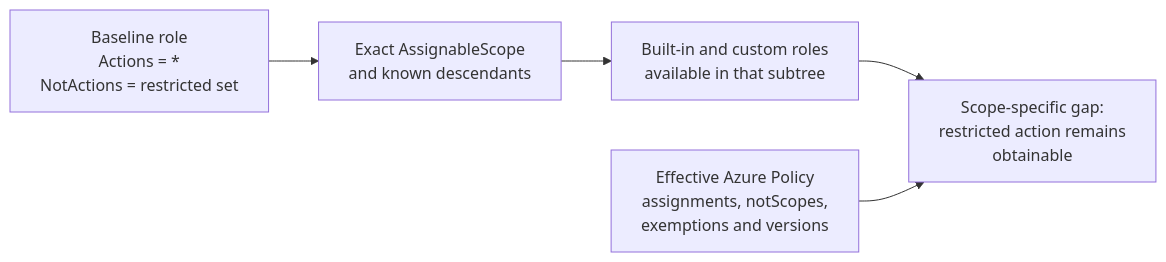
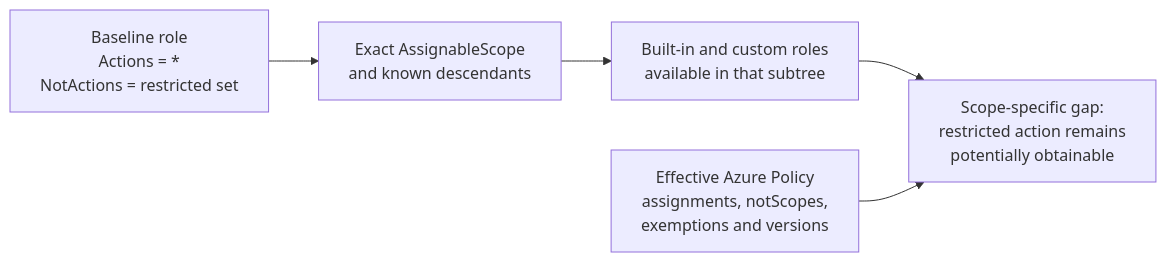
The diagram in README.md (danielfears/azure-radar), drawn with Mermaid before and after one commit. The commit also changed other lines of this file and 2 other files, not shown here.

````diff
--- a/README.md
+++ b/README.md
@@ -27,13 +27,13 @@
 ```mermaid
 flowchart LR
     B["Baseline role<br/>Actions = *<br/>NotActions = restricted set"]
     S["Exact AssignableScope<br/>and known descendants"]
     R["Built-in and custom roles<br/>available in that subtree"]
     P["Effective Azure Policy<br/>assignments, notScopes,<br/>exemptions and versions"]
-    G["Scope-specific gap:<br/>restricted action remains<br/>obtainable"]
+    G["Scope-specific gap:<br/>restricted action remains<br/>potentially obtainable"]
 
     B --> S
     S --> R
     R --> G
     P --> G
 ```
````
